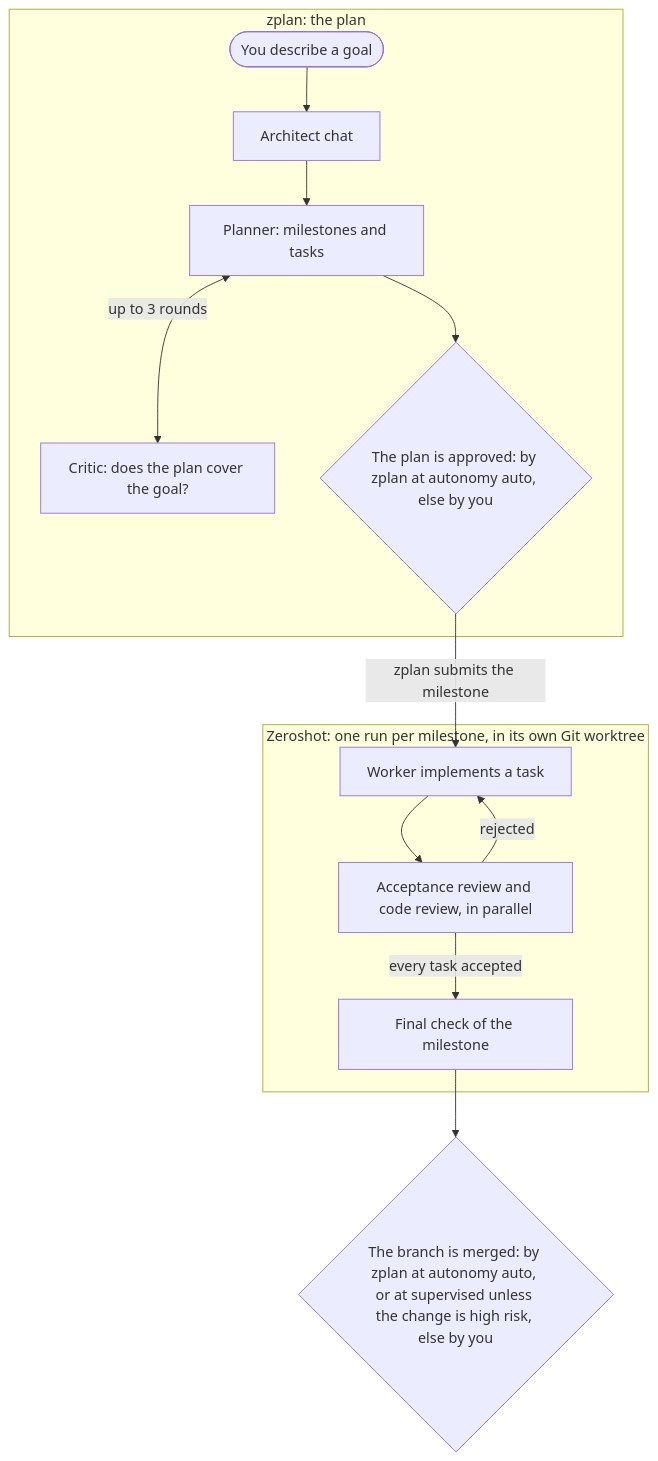
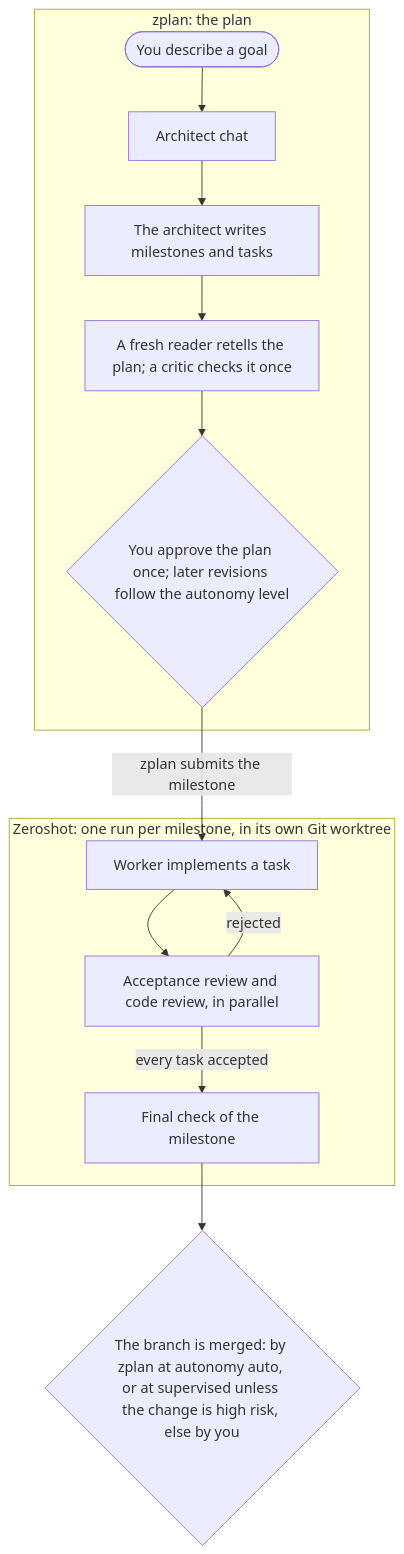
Before and after one commit to pinkynail228/zeroplan: the diagram in README.md, drawn with Mermaid. The commit also changed other lines of this file and 247 other files, not shown here.

````diff
--- a/README.md
+++ b/README.md
@@ -41,16 +45,16 @@
 ```mermaid
 flowchart TD
   subgraph P [zplan: the plan]
     A([You describe a goal]) --> B[Architect chat]
-    B --> C[Planner: milestones and tasks]
-    C <-->|up to 3 rounds| D[Critic: does the plan cover the goal?]
-    C --> E{The plan is approved: by zplan at autonomy auto, else by you}
+    B --> C[The architect writes milestones and tasks]
+    C --> D[A fresh reader retells the plan; a critic checks it once]
+    D --> E{You approve the plan once; later revisions follow the autonomy level}
   end
   subgraph Z [Zeroshot: one run per milestone, in its own Git worktree]
     G[Worker implements a task] --> H[Acceptance review and code review, in parallel]
     H -->|rejected| G
     H -->|every task accepted| I[Final check of the milestone]
   end
   E -->|zplan submits the milestone| G
   I --> J{The branch is merged: by zplan at autonomy auto, or at supervised unless the change is high risk, else by you}
 ```
````
